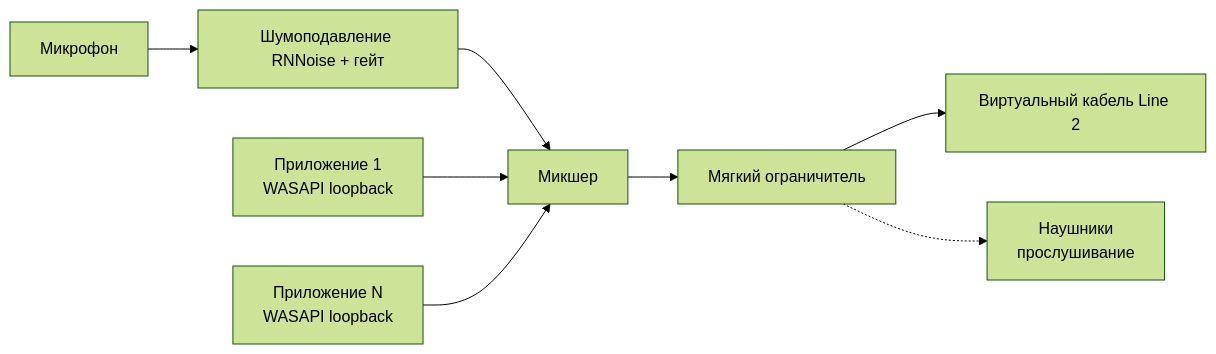
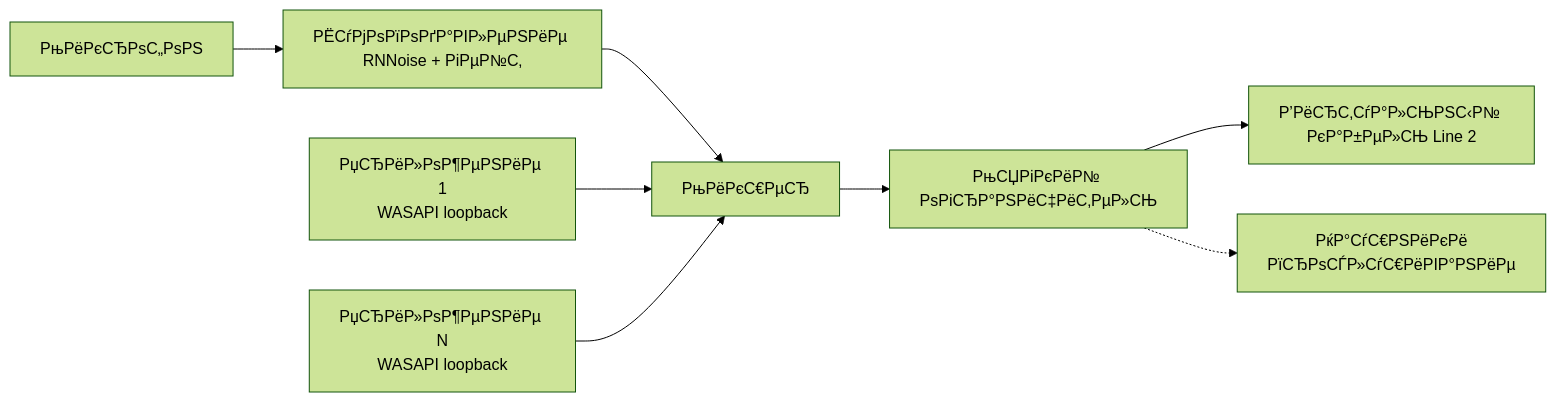
One commit to Waywardfucker/voice_mixer changed the diagram in README.md. Above: the diagram before and after it, drawn with Mermaid (forest theme). The commit also changed other lines of this file and 9 other files, not shown here.

````diff
--- a/README.md
+++ b/README.md
@@ -29,10 +33,10 @@
 ```mermaid
 flowchart LR
-    MIC[Микрофон] --> DN[Шумоподавление RNNoise + гейт]
-    DN --> MIX[Микшер]
-    A1[Приложение 1<br/>WASAPI loopback] --> MIX
-    A2[Приложение N<br/>WASAPI loopback] --> MIX
-    MIX --> LIM[Мягкий ограничитель]
-    LIM --> L2[Виртуальный кабель Line 2]
-    LIM -.-> HP[Наушники<br/>прослушивание]
+    MIC[РњРёРєСЂРѕС„РѕРЅ] --> DN[РЁСѓРјРѕРїРѕРґР°РІР»РµРЅРёРµ RNNoise + РіРµР№С‚]
+    DN --> MIX[РњРёРєС€РµСЂ]
+    A1[РџСЂРёР»РѕР¶РµРЅРёРµ 1<br/>WASAPI loopback] --> MIX
+    A2[РџСЂРёР»РѕР¶РµРЅРёРµ N<br/>WASAPI loopback] --> MIX
+    MIX --> LIM[РњСЏРіРєРёР№ РѕРіСЂР°РЅРёС‡РёС‚РµР»СЊ]
+    LIM --> L2[Р’РёСЂС‚СѓР°Р»СЊРЅС‹Р№ РєР°Р±РµР»СЊ Line 2]
+    LIM -.-> HP[РќР°СѓС€РЅРёРєРё<br/>РїСЂРѕСЃР»СѓС€РёРІР°РЅРёРµ]
 ```
````
